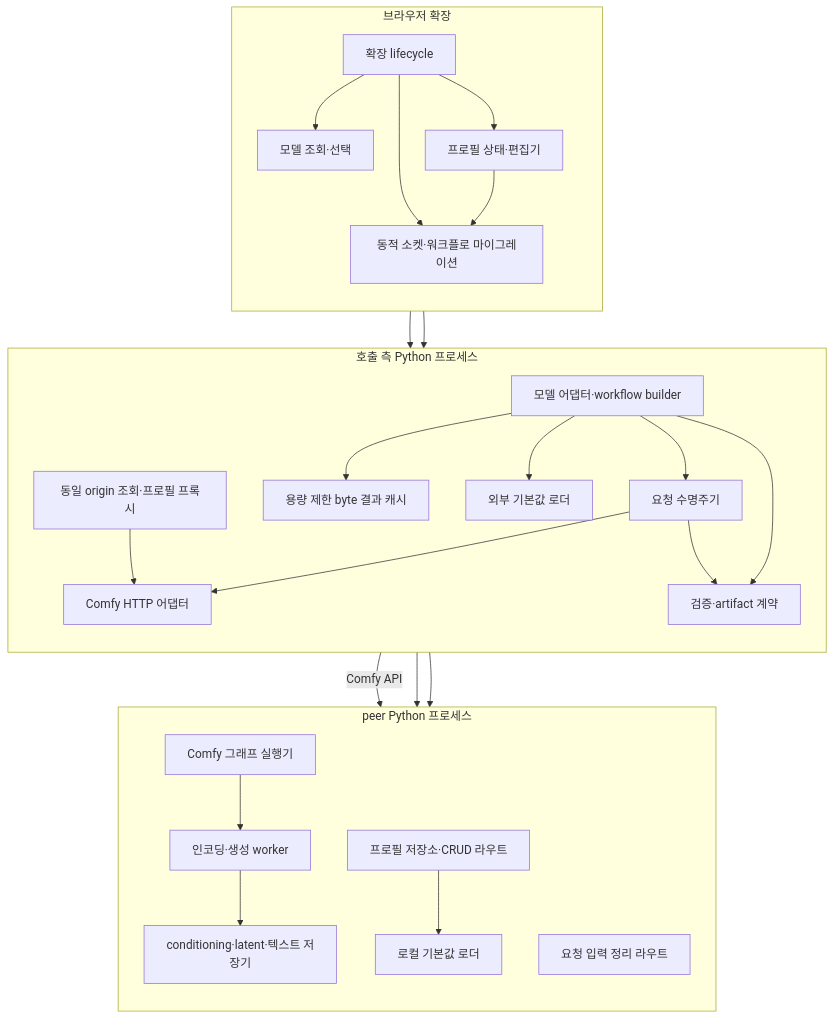
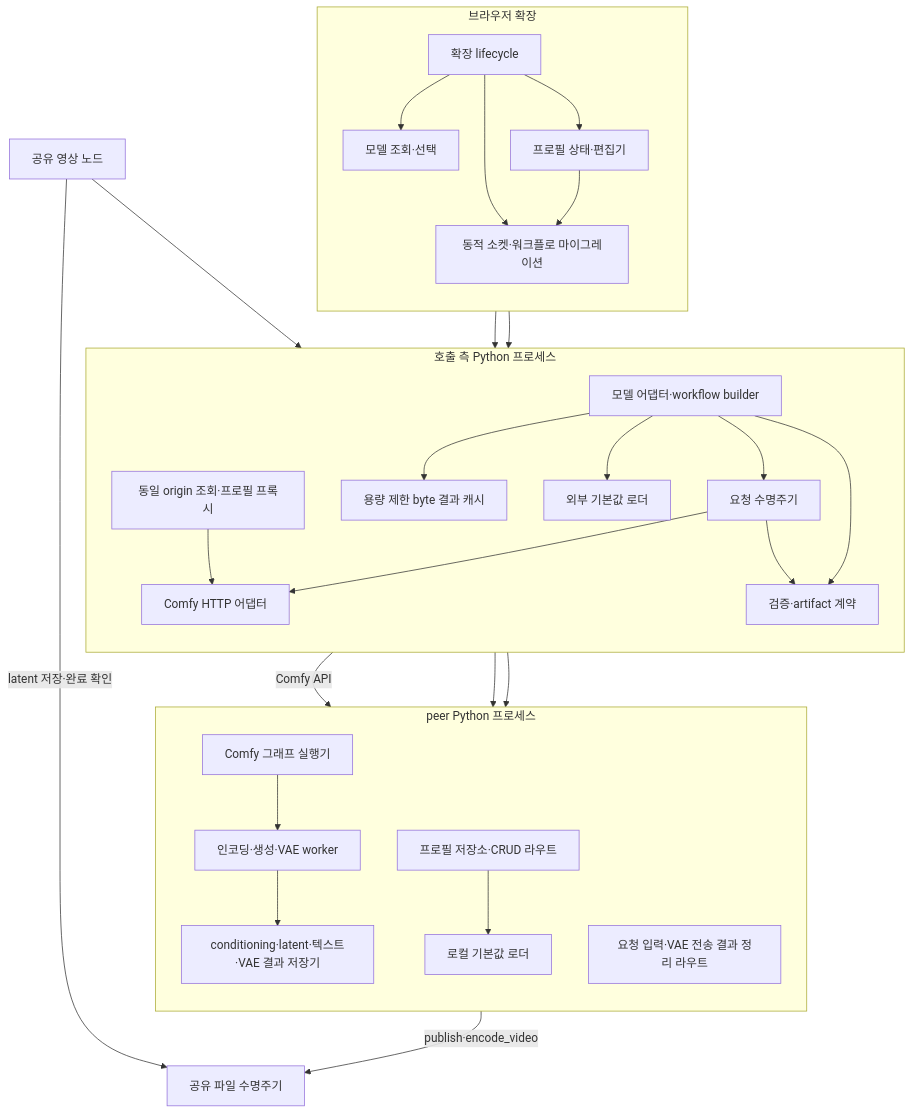
One commit to pollux-o4/RemoteWorker changed the diagram in docs/architecture/03-components.md. Above: the diagram before and after it, drawn with Mermaid. The commit also changed other lines of this file and 65 other files, not shown here.

````diff
--- a/docs/architecture/03-components.md
+++ b/docs/architecture/03-components.md
@@ -3,45 +3,48 @@
 ```mermaid
 flowchart TB
     subgraph Browser[브라우저 확장]
         direction TB
         Entry[확장 lifecycle]
         Choices[모델 조회·선택]
         Profiles[프로필 상태·편집기]
         Sockets[동적 소켓·워크플로 마이그레이션]
         Entry --> Choices
         Entry --> Profiles
         Entry --> Sockets
         Profiles --> Sockets
     end
     subgraph Caller[호출 측 Python 프로세스]
         direction TB
         Adapter[모델 어댑터·workflow builder]
         Execution[요청 수명주기]
         Transport[Comfy HTTP 어댑터]
         Protocol[검증·artifact 계약]
         Cache[용량 제한 byte 결과 캐시]
         Defaults[외부 기본값 로더]
         Adapter --> Execution --> Transport
         Adapter --> Protocol
         Adapter --> Cache
         Adapter --> Defaults
         Execution --> Protocol
         Discovery[동일 origin 조회·프로필 프록시] --> Transport
     end
     subgraph Peer[peer Python 프로세스]
         direction TB
         Host[Comfy 그래프 실행기]
-        Workers[인코딩·생성 worker]
-        IO[conditioning·latent·텍스트 저장기]
+        Workers[인코딩·생성·VAE worker]
+        IO[conditioning·latent·텍스트·VAE 결과 저장기]
         Registry[프로필 저장소·CRUD 라우트]
-        Cleanup[요청 입력 정리 라우트]
+        Cleanup[요청 입력·VAE 전송 결과 정리 라우트]
         Host --> Workers --> IO
         PeerDefaults[로컬 기본값 로더]
         Registry --> PeerDefaults
     end
     Choices --> Discovery
     Profiles --> Discovery
     Transport -->|Comfy API| Host
     Transport --> Registry
     Transport --> Cleanup
+    SharedFacade[공유 영상 노드] --> Execution
+    SharedFacade -->|latent 저장·완료 확인| SharedStore[공유 파일 수명주기]
+    Workers -->|publish·encode_video| SharedStore
 ```
````
